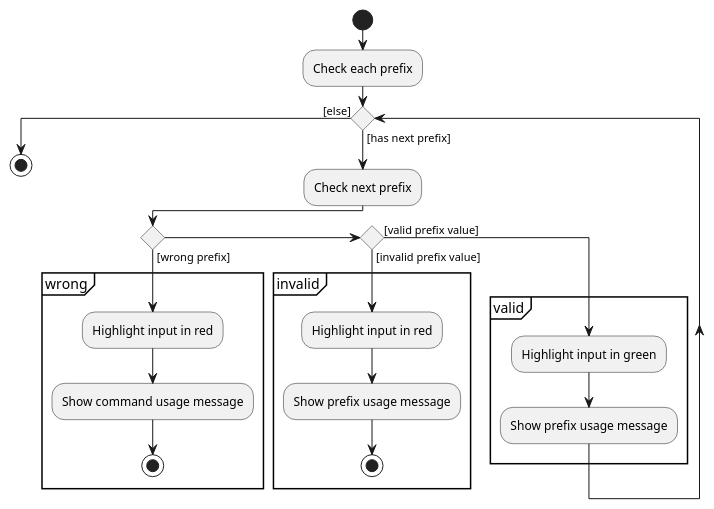
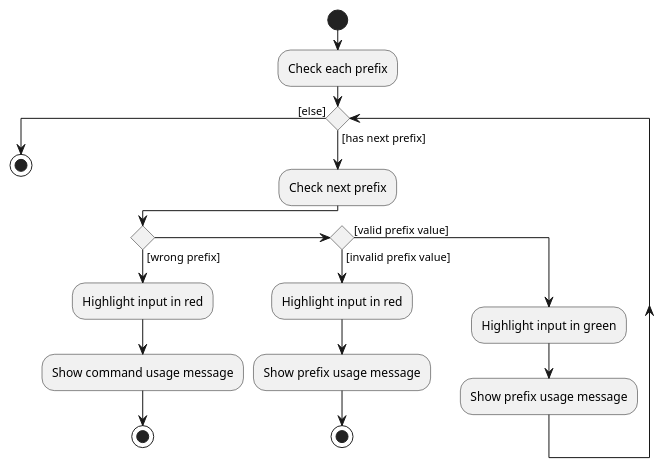
The third of 3 diagrams in docs/diagrams/SyntaxHighlightingActivityDiagram.puml (nus-cs2103-AY1920S2/addressbook-level3), drawn with PlantUML before and after one commit. The commit also changed other lines of this file and 8 other files, not shown here.

```diff
--- a/docs/diagrams/SyntaxHighlightingActivityDiagram.puml
+++ b/docs/diagrams/SyntaxHighlightingActivityDiagram.puml
@@ -75,30 +66,24 @@
 @startuml
 start
 
 :Check each prefix;
 
 while () is ([has next prefix])
 
 :Check next prefix;
 
 if () then ([wrong prefix])
-partition wrong {
     :Highlight input in red;
     :Show command usage message;
     stop
-}
 else if () then ([invalid prefix value])
-partition invalid {
     :Highlight input in red;
     :Show prefix usage message;
     stop
-}
 else ([valid prefix value])
-partition valid {
     :Highlight input in green;
     :Show prefix usage message;
-}
 endif
 endwhile([else])
 stop
 @enduml
```
